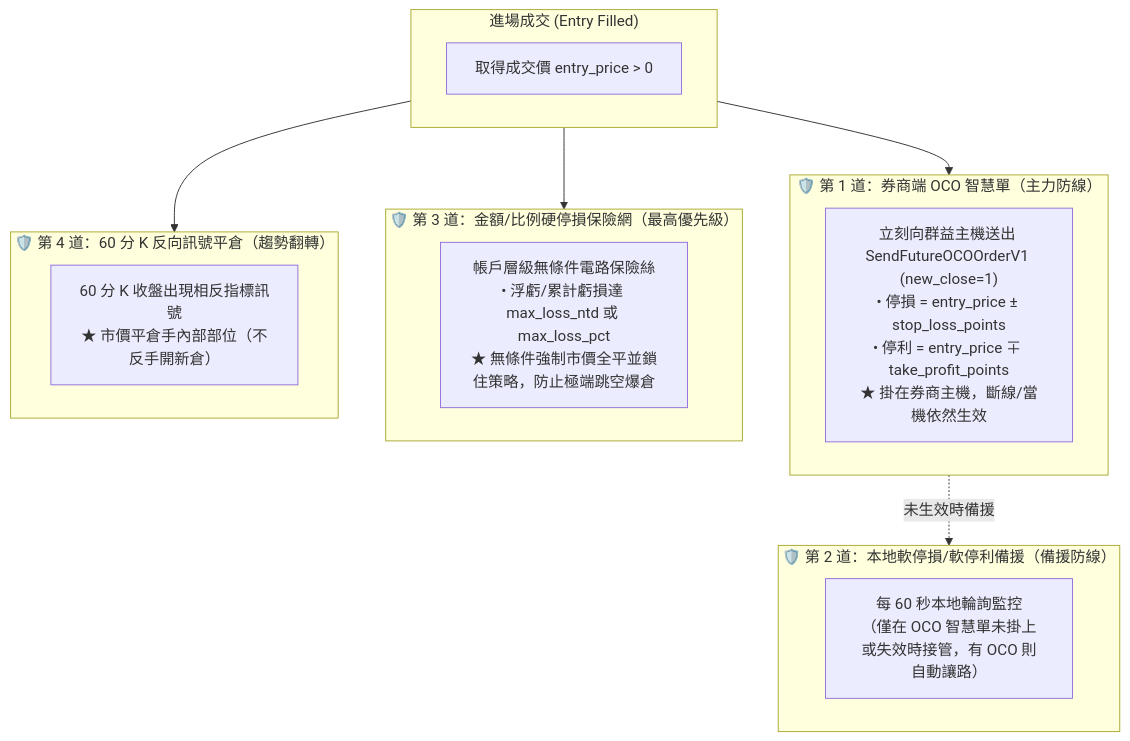
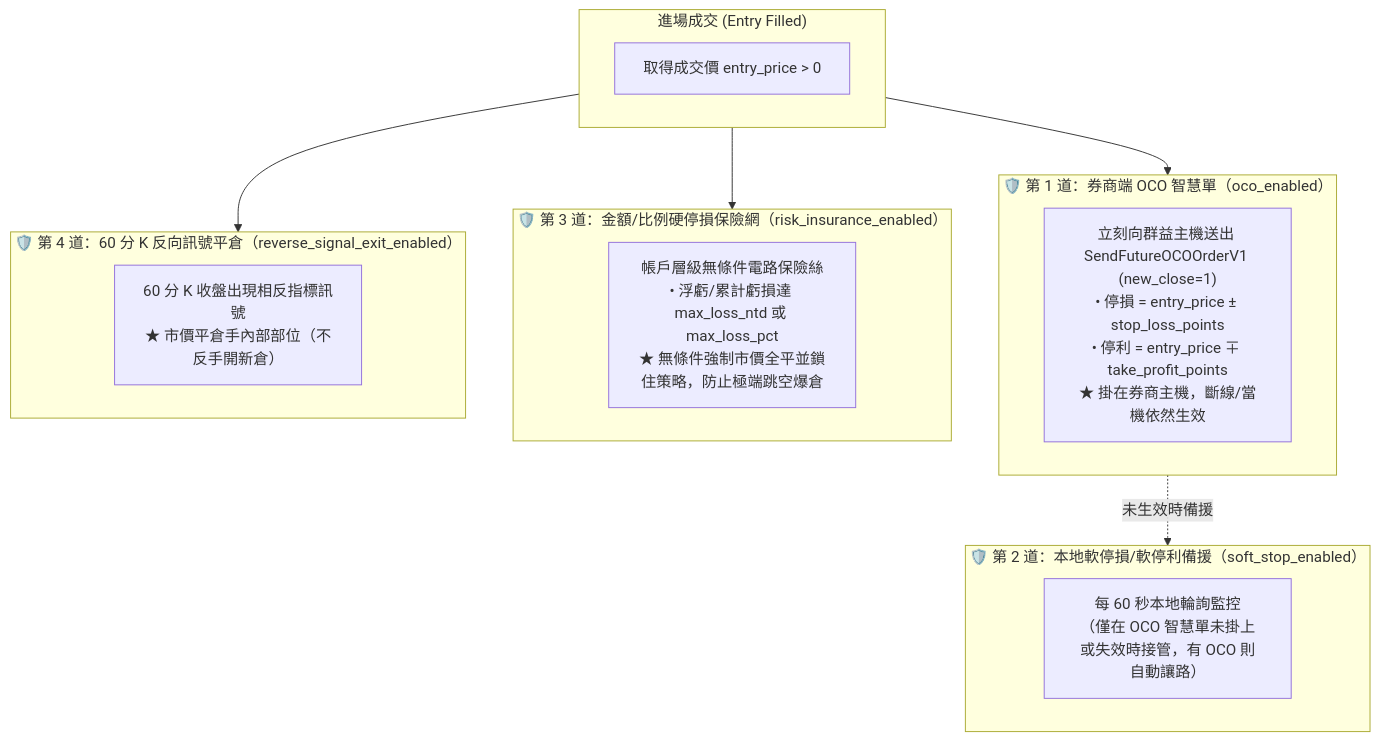
The second of 2 diagrams in docs/live_trading_flow.md (iatinleong/TMF_trading), drawn with Mermaid before and after one commit. The commit also changed other lines of this file, not shown here.

Commit message:
docs: update live_trading_flow.md with data-feed isolation, 4 layer toggles, and auto-arm sequence

````diff
--- a/docs/live_trading_flow.md
+++ b/docs/live_trading_flow.md
@@ -128,27 +136,27 @@
 ```mermaid
 flowchart TD
     subgraph S1 ["進場成交 (Entry Filled)"]
         E["取得成交價 entry_price > 0"]
     end
 
-    subgraph L1 ["🛡️ 第 1 道：券商端 OCO 智慧單（主力防線）"]
+    subgraph L1 ["🛡️ 第 1 道：券商端 OCO 智慧單（oco_enabled）"]
         D1["立刻向群益主機送出 SendFutureOCOOrderV1 (new_close=1)<br>• 停損 = entry_price ± stop_loss_points<br>• 停利 = entry_price ∓ take_profit_points<br>★ 掛在券商主機，斷線/當機依然生效"]
     end
 
-    subgraph L2 ["🛡️ 第 2 道：本地軟停損/軟停利備援（備援防線）"]
+    subgraph L2 ["🛡️ 第 2 道：本地軟停損/軟停利備援（soft_stop_enabled）"]
         D2["每 60 秒本地輪詢監控<br>（僅在 OCO 智慧單未掛上或失效時接管，有 OCO 則自動讓路）"]
     end
 
-    subgraph L3 ["🛡️ 第 3 道：金額/比例硬停損保險網（最高優先級）"]
+    subgraph L3 ["🛡️ 第 3 道：金額/比例硬停損保險網（risk_insurance_enabled）"]
         D3["帳戶層級無條件電路保險絲<br>• 浮虧/累計虧損達 max_loss_ntd 或 max_loss_pct<br>★ 無條件強制市價全平並鎖住策略，防止極端跳空爆倉"]
     end
 
-    subgraph L4 ["🛡️ 第 4 道：60 分 K 反向訊號平倉（趨勢翻轉）"]
+    subgraph L4 ["🛡️ 第 4 道：60 分 K 反向訊號平倉（reverse_signal_exit_enabled）"]
         D4["60 分 K 收盤出現相反指標訊號<br>★ 市價平倉手內部部位（不反手開新倉）"]
     end
 
     S1 --> L1
     L1 -.->|未生效時備援| L2
     S1 --> L3
     S1 --> L4
 ```
````
